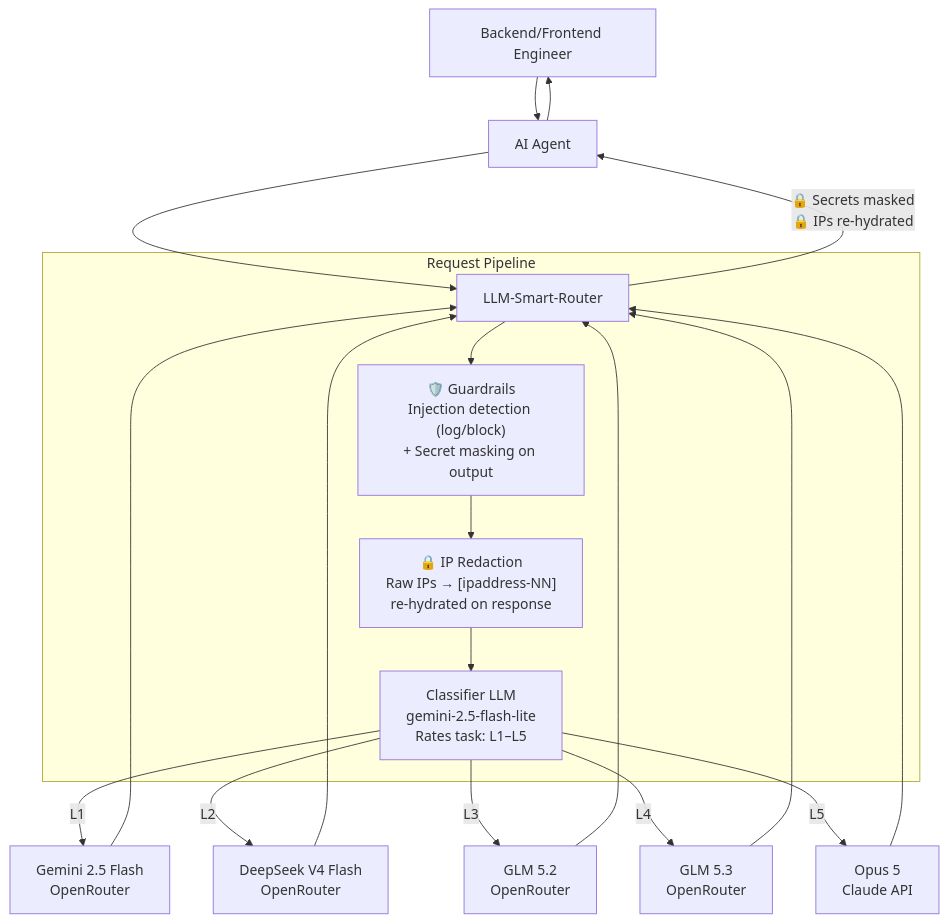
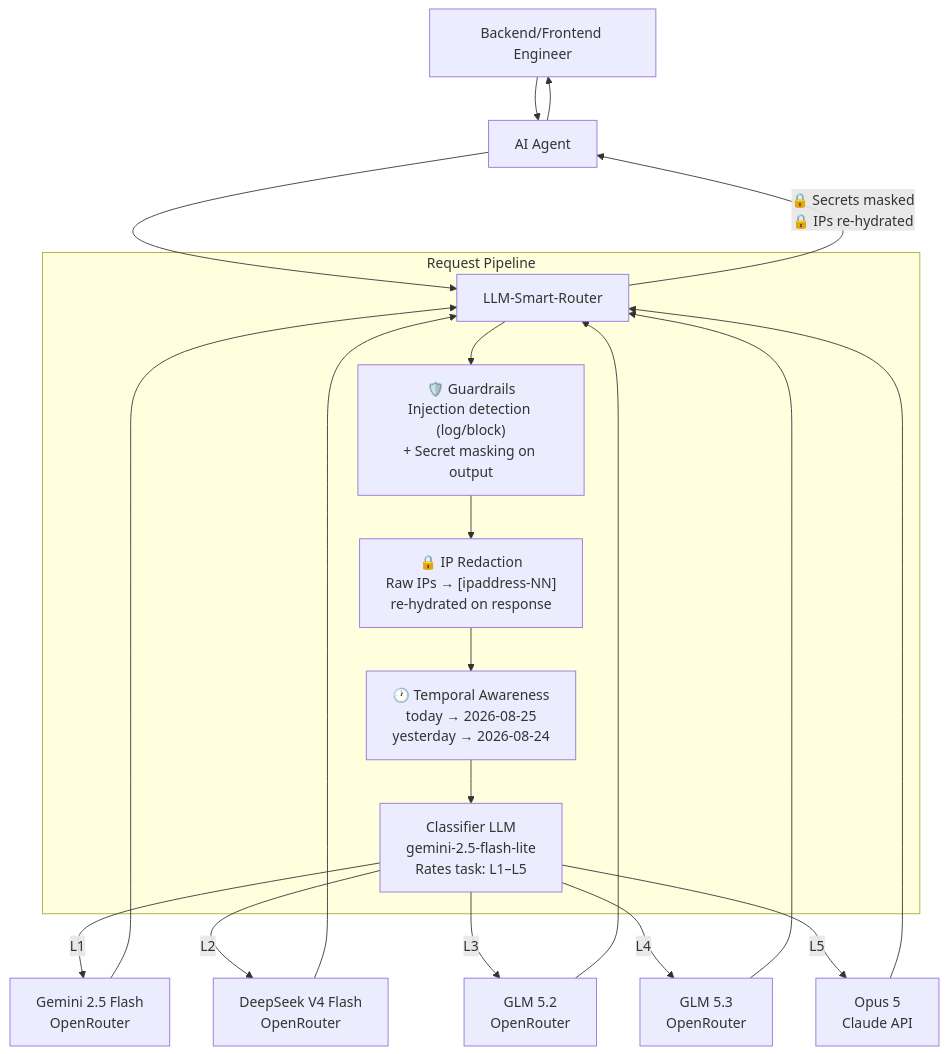
Before and after one commit to Green-Needle-Tech/llm-smart-router: the diagram in README.md, drawn with Mermaid. The commit also changed other lines of this file and 14 other files, not shown here.

First line of the commit message:
feat: temporal awareness + RoutingEngine hot-reload fix (v2.4.0)

````diff
--- a/README.md
+++ b/README.md
@@ -241,26 +274,27 @@
 ```mermaid
 flowchart TD
     A[Backend/Frontend Engineer] --> B[AI Agent]
     B --> C[LLM-Smart-Router]
 
     subgraph Router [Request Pipeline]
         C --> P1["🛡️ Guardrails<br/>Injection detection (log/block)<br/>+ Secret masking on output"]
         P1 --> P2["🔒 IP Redaction<br/>Raw IPs → [ipaddress-NN]<br/>re-hydrated on response"]
-        P2 --> D["Classifier LLM<br/>gemini-2.5-flash-lite<br/>Rates task: L1–L5"]
+        P2 --> P2T["🕐 Temporal Awareness<br/>today → 2026-08-25<br/>yesterday → 2026-08-24"]
+        P2T --> D["Classifier LLM<br/>gemini-2.5-flash-lite<br/>Rates task: L1–L5"]
     end
 
     D -->|L1| E[Gemini 2.5 Flash<br/>OpenRouter]
     D -->|L2| F[DeepSeek V4 Flash<br/>OpenRouter]
     D -->|L3| F2[GLM 5.2<br/>OpenRouter]
     D -->|L4| F3[GLM 5.3<br/>OpenRouter]
     D -->|L5| H[Opus 5<br/>Claude API]
 
     E --> C
     F --> C
     F2 --> C
     F3 --> C
     H --> C
 
     C -->|"🔒 Secrets masked<br/>🔒 IPs re-hydrated"| B
     B --> A
 ```
````
